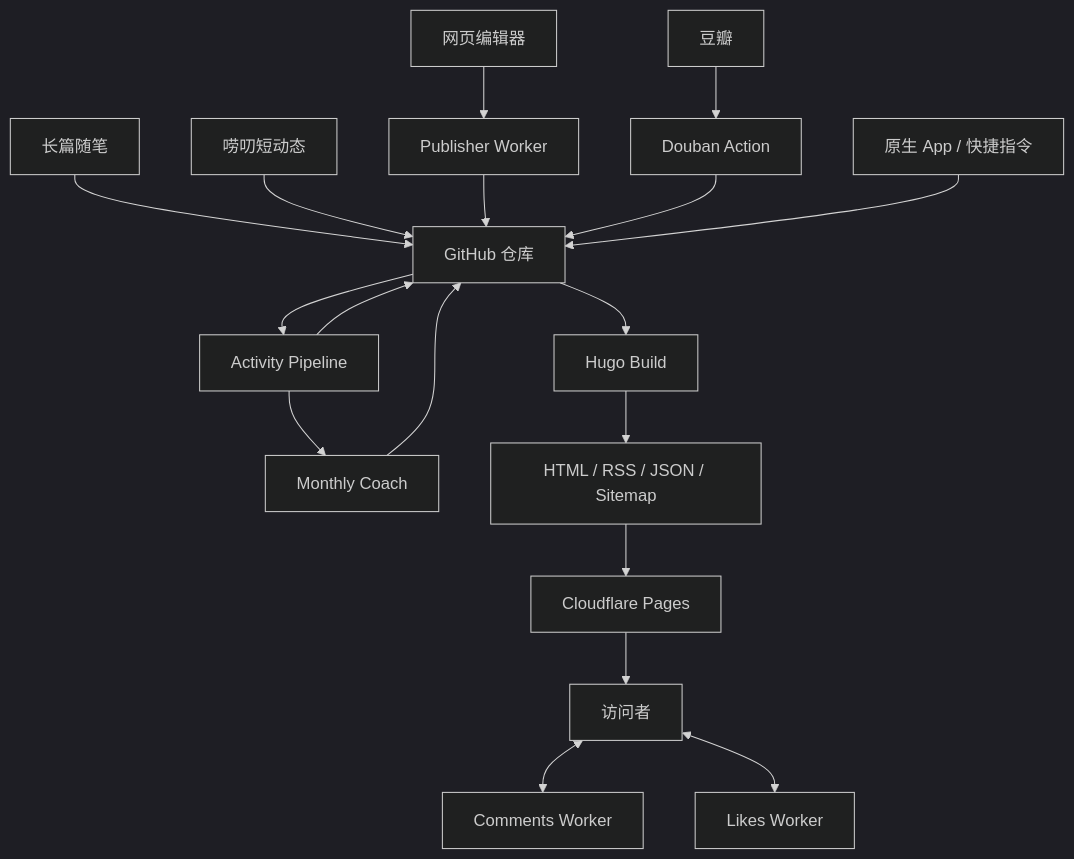
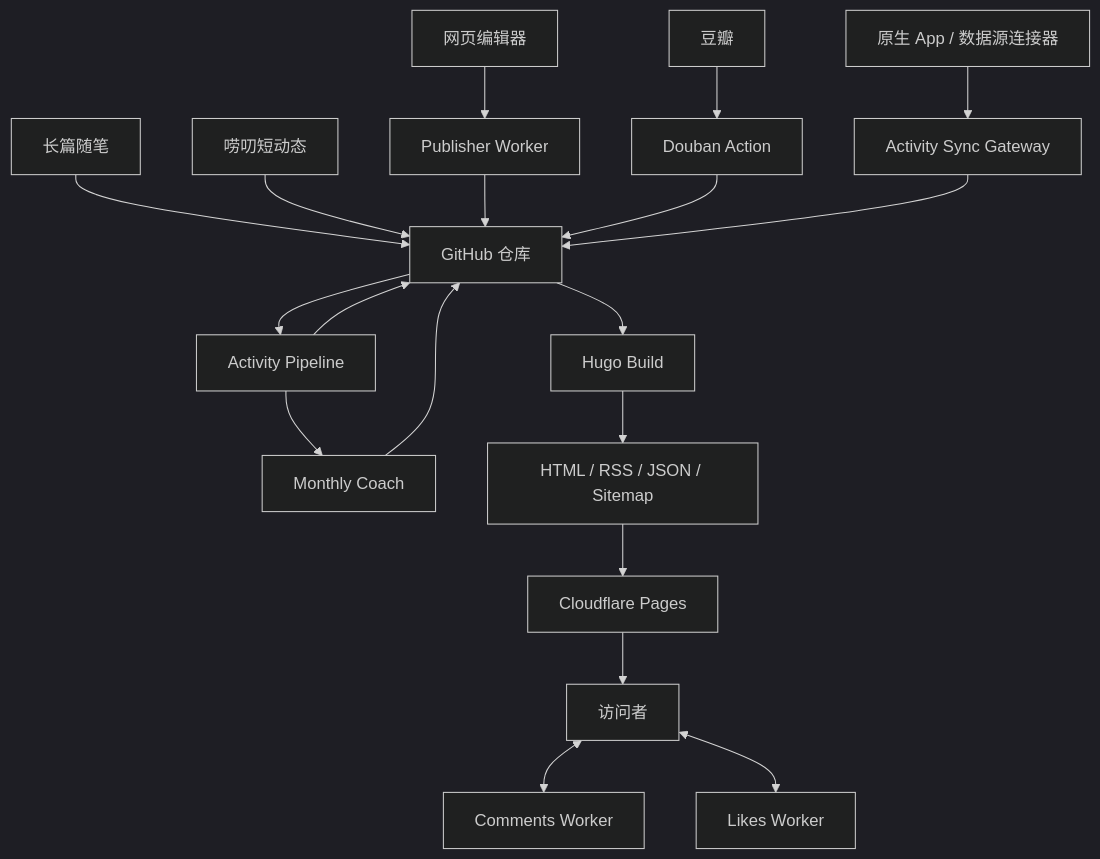
The diagram in docs/architecture.md (koobai/blog), drawn with Mermaid (dark theme) before and after one commit. The commit also changed other lines of this file and 35 other files, not shown here.

Commit message:
feat: decouple activity sync pipeline

````diff
--- a/docs/architecture.md
+++ b/docs/architecture.md
@@ -24,20 +24,21 @@
 ```mermaid
 flowchart TD
     P["长篇随笔"] --> R["GitHub 仓库"]
     L["唠叨短动态"] --> R
     E["网页编辑器"] --> PW["Publisher Worker"]
     PW --> R
     DB["豆瓣"] --> DA["Douban Action"]
     DA --> R
-    APP["原生 App / 快捷指令"] --> R
+    APP["原生 App / 数据源连接器"] --> ASW["Activity Sync Gateway"]
+    ASW --> R
     R --> AP["Activity Pipeline"]
     AP --> MC["Monthly Coach"]
     AP --> R
     MC --> R
     R --> H["Hugo Build"]
     H --> OUT["HTML / RSS / JSON / Sitemap"]
     OUT --> CF["Cloudflare Pages"]
     VISITOR["访问者"] <--> CW["Comments Worker"]
     VISITOR <--> LW["Likes Worker"]
     CF --> VISITOR
 ```
````
